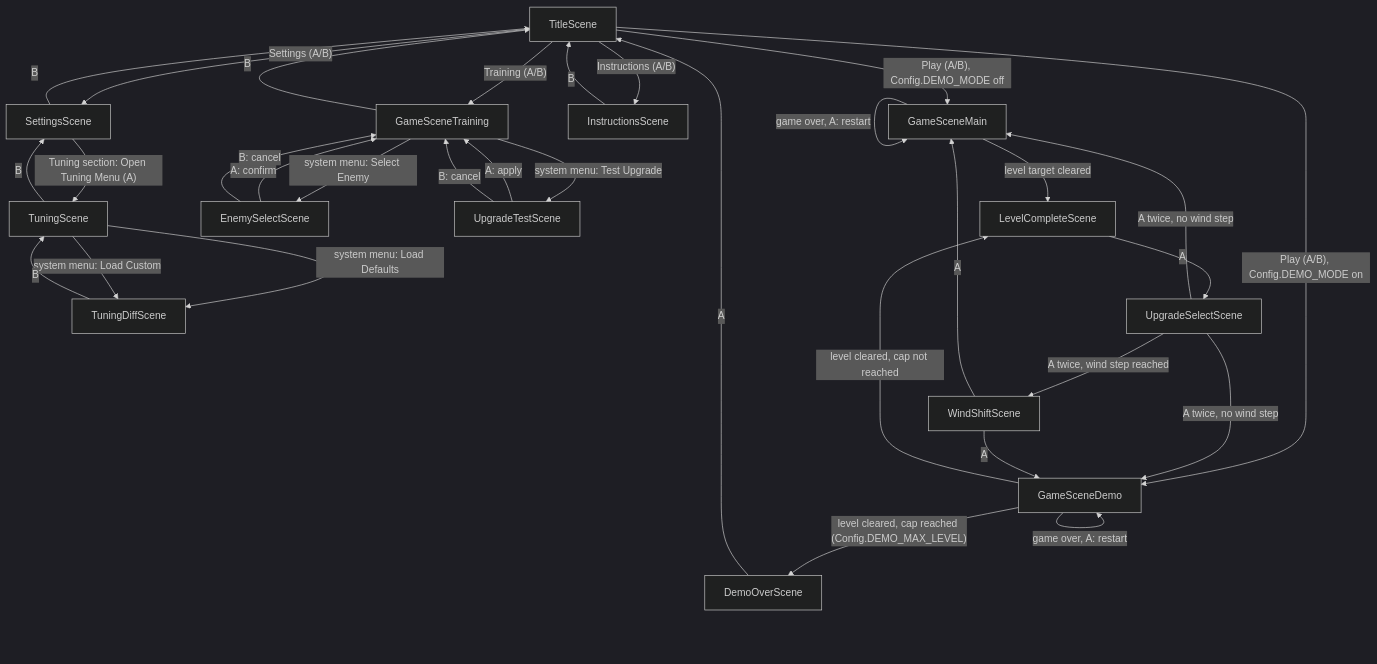
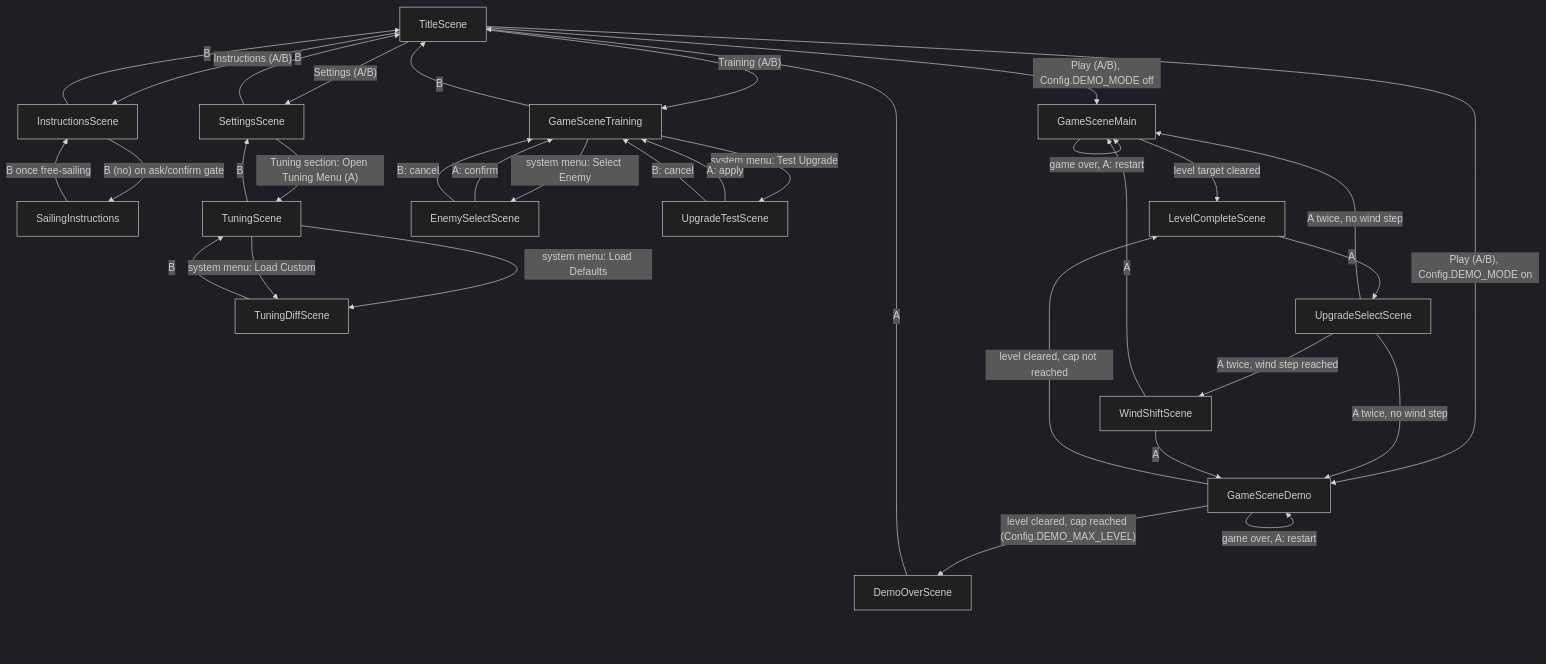
The diagram in source/scenes/Scenes.md (jamesjnadeau/playdate-mermaid-madness), drawn with Mermaid (dark theme) before and after one commit. The commit also changed other lines of this file and 9 other files, not shown here.

First line of the commit message:
Add "do you know how to sail?" gate and SailingInstructions tutorial

````diff
--- a/source/scenes/Scenes.md
+++ b/source/scenes/Scenes.md
@@ -15,42 +15,44 @@
 ```mermaid
 flowchart TD
     Title["TitleScene"] -->|"Play (A/B), Config.DEMO_MODE off"| GameMain["GameSceneMain"]
     Title -->|"Play (A/B), Config.DEMO_MODE on"| GameDemo["GameSceneDemo"]
     Title -->|"Training (A/B)"| GameTraining["GameSceneTraining"]
     Title -->|"Instructions (A/B)"| Instructions["InstructionsScene"]
     Title -->|"Settings (A/B)"| Settings["SettingsScene"]
 
+    Instructions -->|"B (no) on ask/confirm gate"| Sailing["SailingInstructions"]
+    Sailing -->|"B once free-sailing"| Instructions
     Instructions -->|"B"| Title
     Settings -->|"B"| Title
     Settings -->|"Tuning section: Open Tuning Menu (A)"| Tuning["TuningScene"]
     Tuning -->|"B"| Settings
     Tuning -->|"system menu: Load Defaults"| TuningDiff["TuningDiffScene"]
     Tuning -->|"system menu: Load Custom"| TuningDiff
     TuningDiff -->|"B"| Tuning
 
     GameTraining -->|"B"| Title
     GameTraining -->|"system menu: Select Enemy"| EnemySelect["EnemySelectScene"]
     EnemySelect -->|"A: confirm"| GameTraining
     EnemySelect -->|"B: cancel"| GameTraining
     GameTraining -->|"system menu: Test Upgrade"| UpgradeTest["UpgradeTestScene"]
     UpgradeTest -->|"A: apply"| GameTraining
     UpgradeTest -->|"B: cancel"| GameTraining
 
     GameMain -->|"level target cleared"| LevelComplete["LevelCompleteScene"]
     GameMain -->|"game over, A: restart"| GameMain
 
     GameDemo -->|"level cleared, cap not reached"| LevelComplete
     GameDemo -->|"level cleared, cap reached (Config.DEMO_MAX_LEVEL)"| DemoOver["DemoOverScene"]
     GameDemo -->|"game over, A: restart"| GameDemo
 
     LevelComplete -->|"A"| UpgradeSelect["UpgradeSelectScene"]
 
     UpgradeSelect -->|"A twice, wind step reached"| WindShift["WindShiftScene"]
     UpgradeSelect -->|"A twice, no wind step"| GameMain
     UpgradeSelect -->|"A twice, no wind step"| GameDemo
 
     WindShift -->|"A"| GameMain
     WindShift -->|"A"| GameDemo
 
     DemoOver -->|"A"| Title
 ```
````
